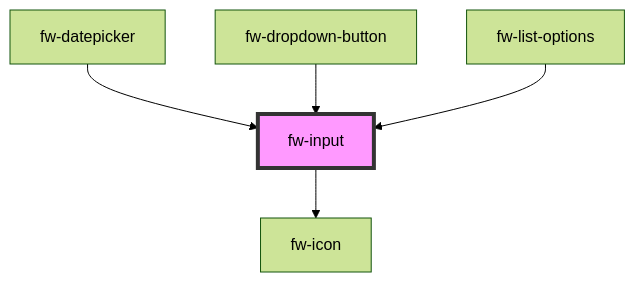
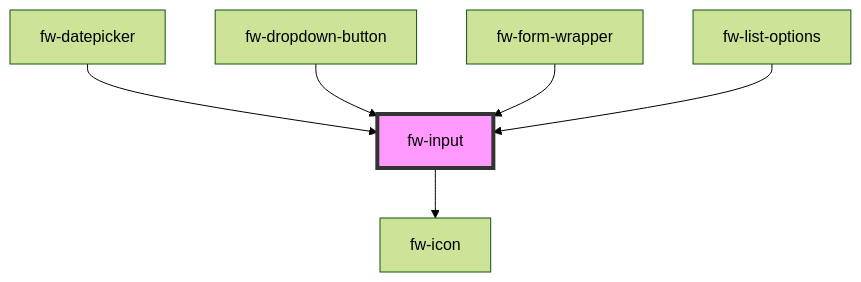
One commit to freshworks/crayons changed the diagram in packages/crayons-core/src/components/input/readme.md. Above: the diagram before and after it, drawn with Mermaid (forest theme). The commit also changed other lines of this file and 9 other files, not shown here.

````diff
--- a/packages/crayons-core/src/components/input/readme.md
+++ b/packages/crayons-core/src/components/input/readme.md
@@ -198,8 +212,9 @@
 ```mermaid
 graph TD;
   fw-input --> fw-icon
   fw-datepicker --> fw-input
   fw-dropdown-button --> fw-input
+  fw-form-wrapper --> fw-input
   fw-list-options --> fw-input
   style fw-input fill:#f9f,stroke:#333,stroke-width:4px
 ```
````
